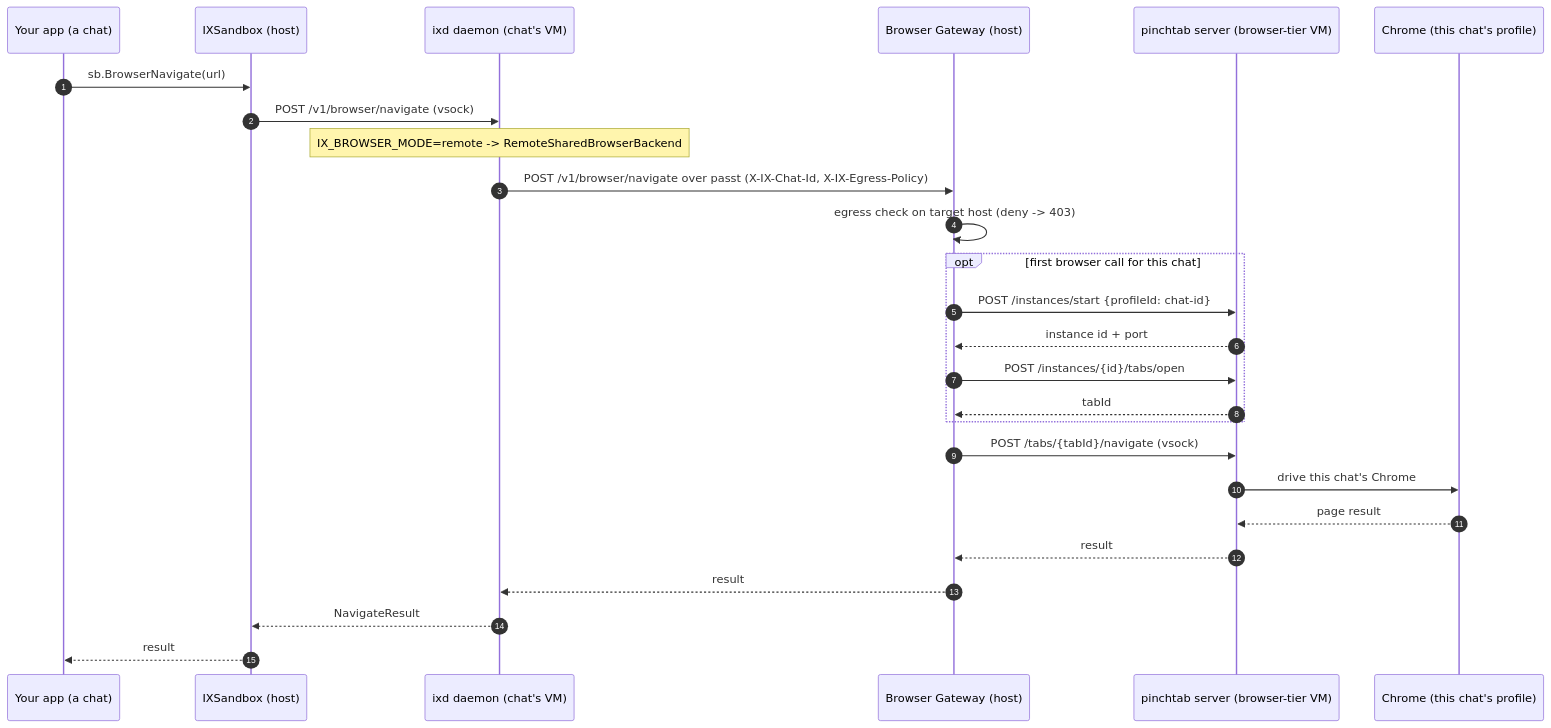
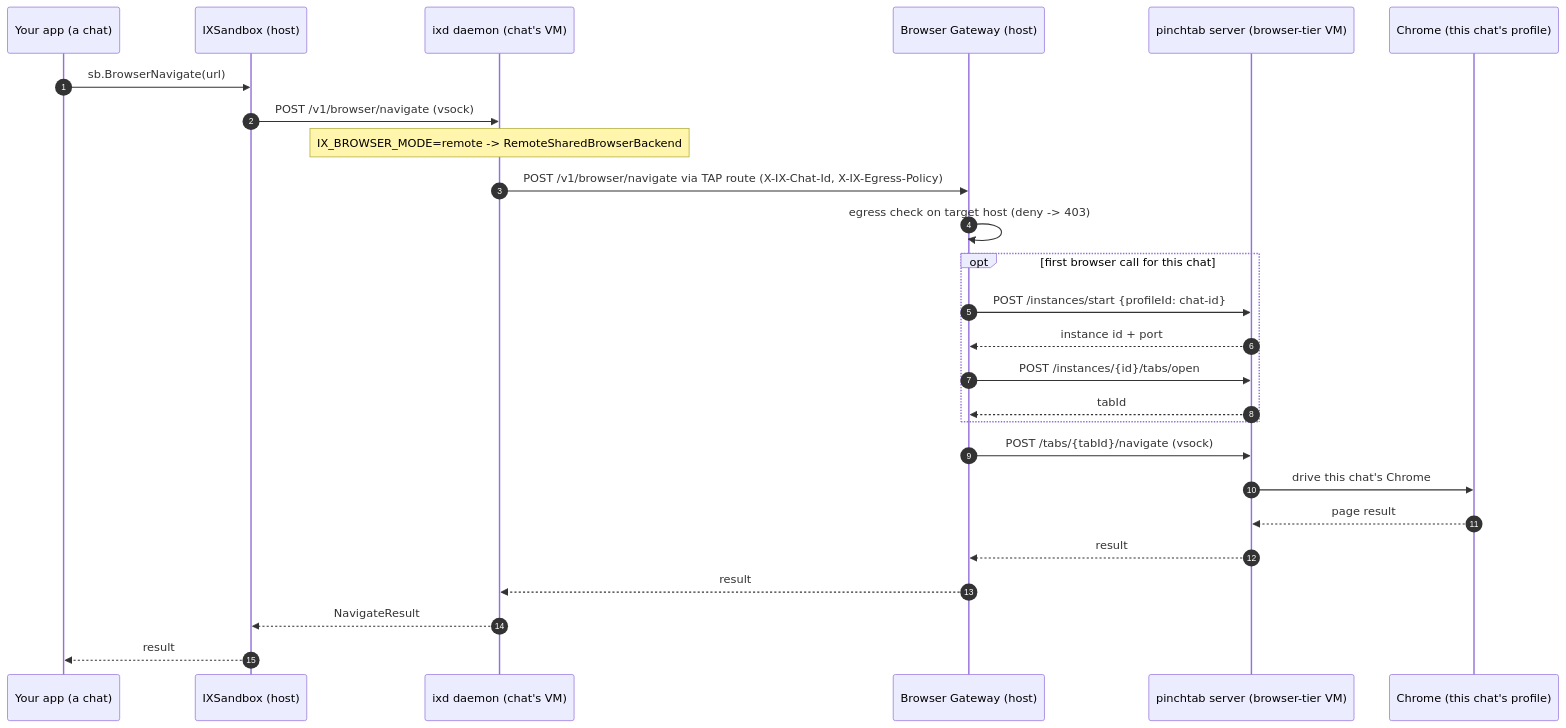
Before and after one commit to nevindra/ix: the fifth of 5 diagrams in README.md, drawn with Mermaid. The commit also changed other lines of this file and 12 other files, not shown here.

````diff
--- a/README.md
+++ b/README.md
@@ -135,28 +137,28 @@
 ```mermaid
 sequenceDiagram
     autonumber
     participant App as Your app (a chat)
     participant SB as IXSandbox (host)
     participant IXD as ixd daemon (chat's VM)
     participant GW as Browser Gateway (host)
     participant PT as pinchtab server (browser-tier VM)
     participant CR as Chrome (this chat's profile)
     App->>SB: sb.BrowserNavigate(url)
     SB->>IXD: POST /v1/browser/navigate (vsock)
     Note over IXD: IX_BROWSER_MODE=remote -> RemoteSharedBrowserBackend
-    IXD->>GW: POST /v1/browser/navigate over passt (X-IX-Chat-Id, X-IX-Egress-Policy)
+    IXD->>GW: POST /v1/browser/navigate via TAP route (X-IX-Chat-Id, X-IX-Egress-Policy)
     GW->>GW: egress check on target host (deny -> 403)
     opt first browser call for this chat
         GW->>PT: POST /instances/start {profileId: chat-id}
         PT-->>GW: instance id + port
         GW->>PT: POST /instances/{id}/tabs/open
         PT-->>GW: tabId
     end
     GW->>PT: POST /tabs/{tabId}/navigate (vsock)
     PT->>CR: drive this chat's Chrome
     CR-->>PT: page result
     PT-->>GW: result
     GW-->>IXD: result
     IXD-->>SB: NavigateResult
     SB-->>App: result
 ```
````
